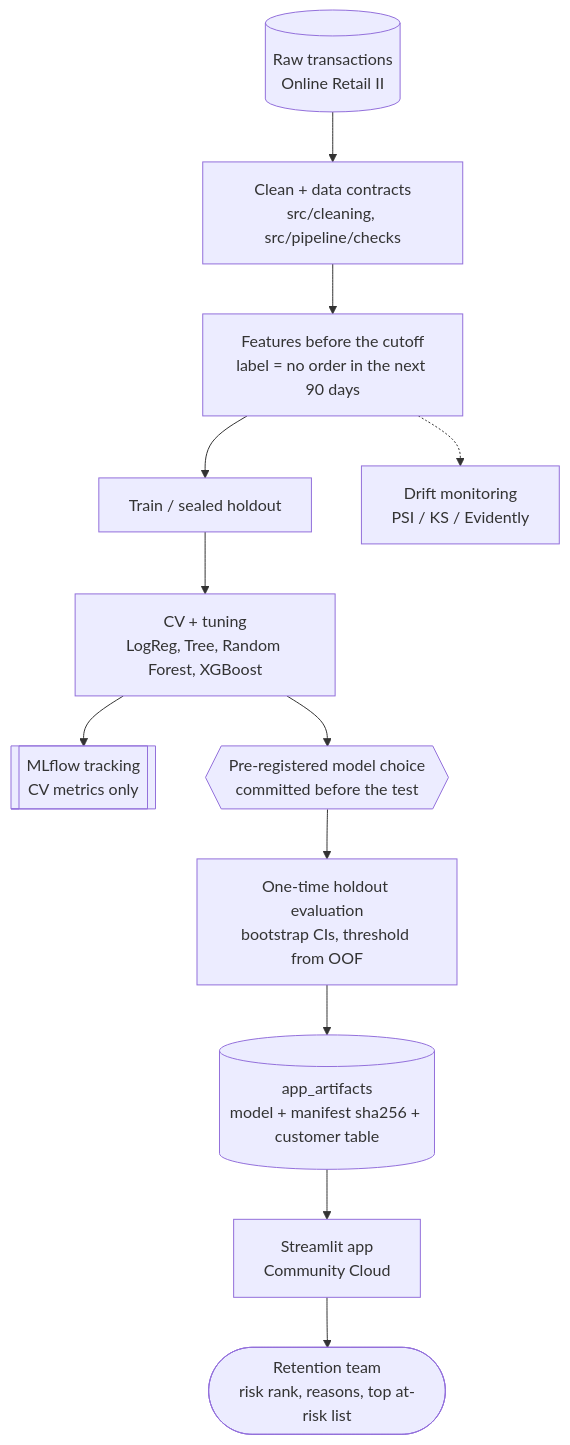
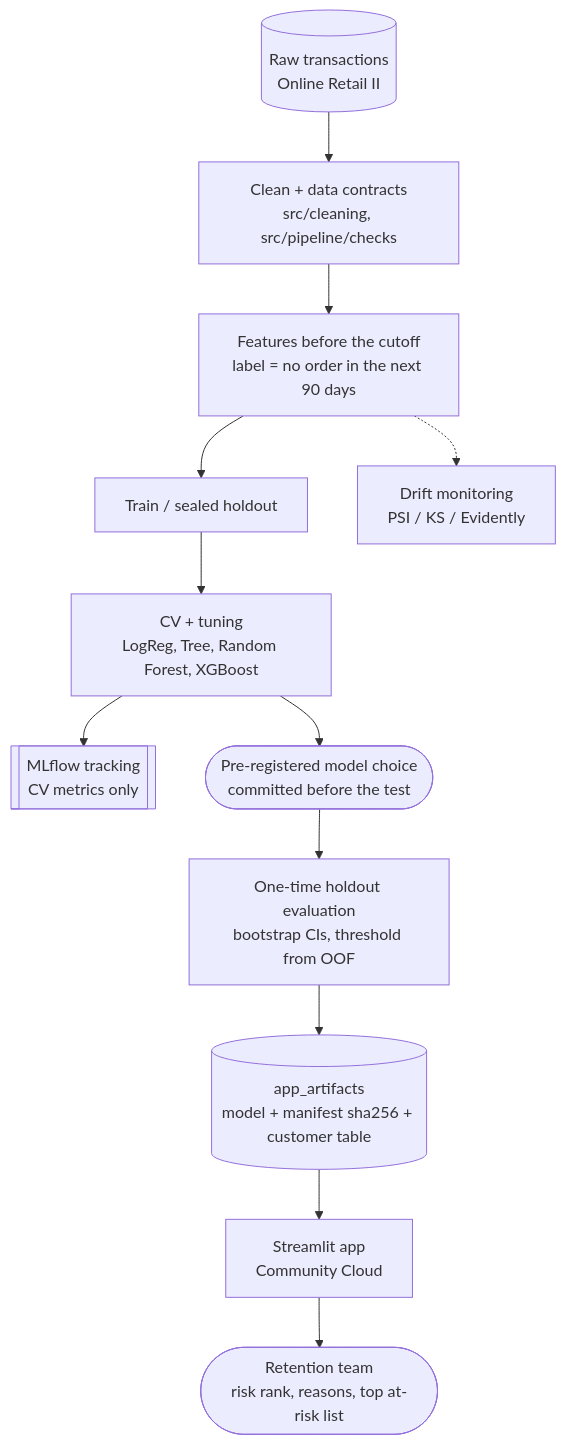
The second of 2 diagrams in README.md (rkkumar945/ecommerce-churn-project), drawn with Mermaid before and after one commit. The commit also changed other lines of this file and 1 other file, not shown here.

````diff
--- a/README.md
+++ b/README.md
@@ -100,14 +100,14 @@
 ```mermaid
 flowchart TD
     A[("Raw transactions<br/>Online Retail II")] --> B["Clean + data contracts<br/>src/cleaning, src/pipeline/checks"]
     B --> C["Features before the cutoff<br/>label = no order in the next 90 days"]
     C --> D["Train / sealed holdout"]
     D --> E["CV + tuning<br/>LogReg, Tree, Random Forest, XGBoost"]
     E --> F[["MLflow tracking<br/>CV metrics only"]]
-    E --> G{{"Pre-registered model choice<br/>committed before the test"}}
+    E --> G(["Pre-registered model choice<br/>committed before the test"])
     G --> H["One-time holdout evaluation<br/>bootstrap CIs, threshold from OOF"]
     H --> I[("app_artifacts<br/>model + manifest sha256 + customer table")]
     I --> J["Streamlit app<br/>Community Cloud"]
     C -.-> K["Drift monitoring<br/>PSI / KS / Evidently"]
     J --> L(["Retention team<br/>risk rank, reasons, top at-risk list"])
 ```
````
